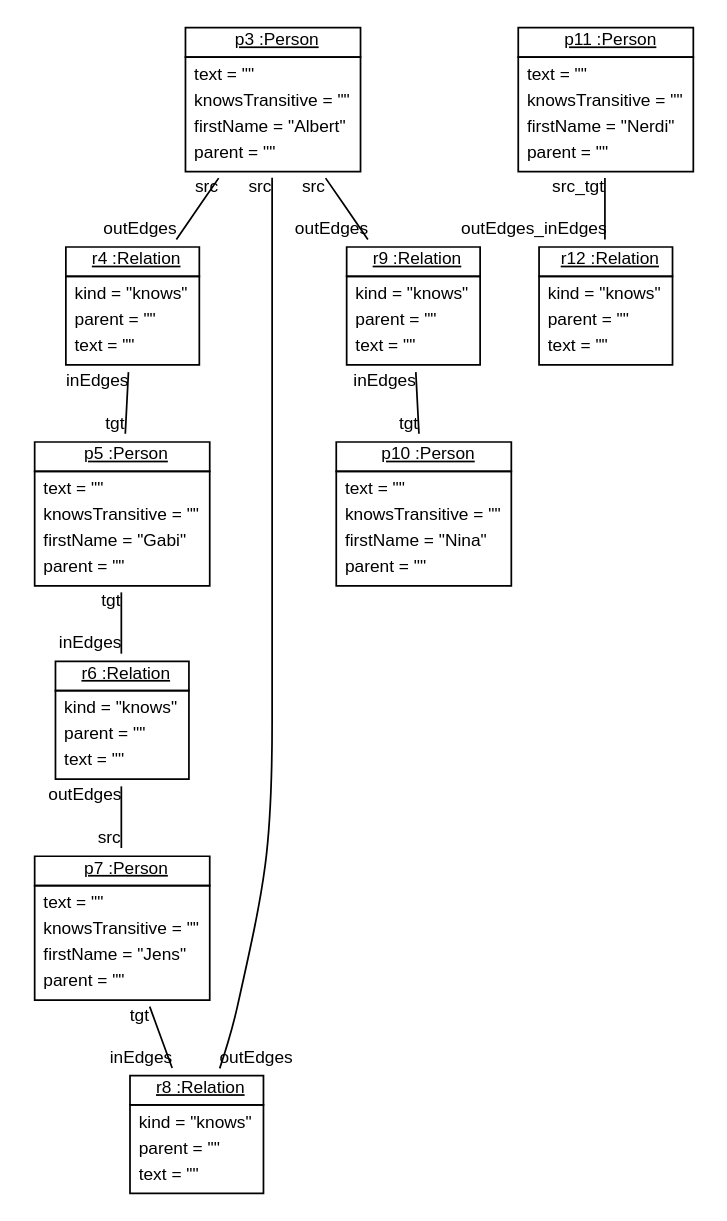
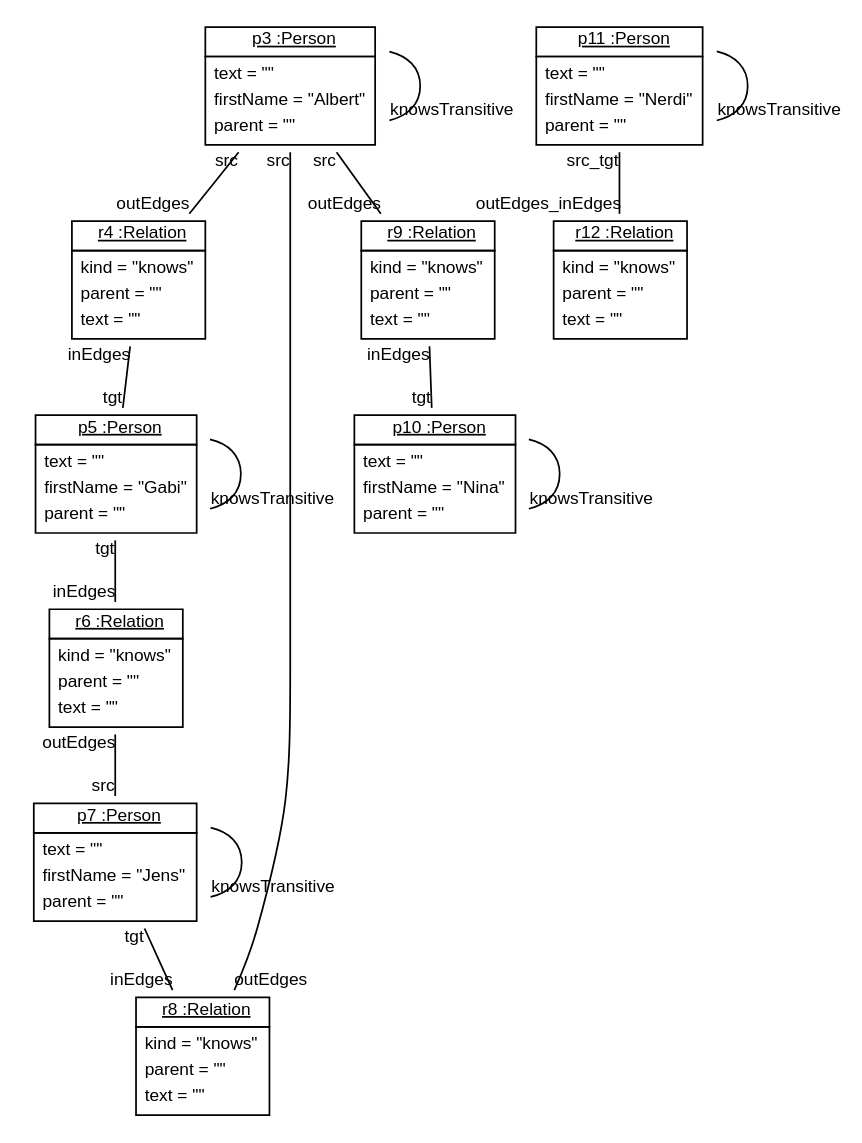
One commit to fujaba/SDMLib changed the diagram in doc/BanfM2MTransformation9.dot. Above: the diagram before and after it, drawn with Graphviz. The commit also changed 130 other files, not shown here.

```diff
--- a/doc/BanfM2MTransformation9.dot
+++ b/doc/BanfM2MTransformation9.dot
@@ -1,26 +1,31 @@
 graph ObjectDiagram {
    node [shape = none, fontsize = 10, fontname = "Arial"];
    edge [fontsize = 10, fontname = "Arial"];
    compound=true;
 
-p3 [label=<<table border='0' cellborder='1' cellspacing='0'> <tr> <td href="../examples/org/sdmlib/examples/m2m/Person.java"> <u>p3 :Person</u></td></tr><tr><td><table border='0' cellborder='0' cellspacing='0'><tr><td align='left'>text = ""</td></tr><tr><td align='left'>knowsTransitive = ""</td></tr><tr><td align='left'>firstName = "Albert"</td></tr><tr><td align='left'>parent = ""</td></tr></table></td></tr></table>>];
+p3 [label=<<table border='0' cellborder='1' cellspacing='0'> <tr> <td href="../examples/org/sdmlib/examples/m2m/Person.java"> <u>p3 :Person</u></td></tr><tr><td><table border='0' cellborder='0' cellspacing='0'><tr><td align='left'>text = ""</td></tr><tr><td align='left'>firstName = "Albert"</td></tr><tr><td align='left'>parent = ""</td></tr></table></td></tr></table>>];
 r4 [label=<<table border='0' cellborder='1' cellspacing='0'> <tr> <td href="../examples/org/sdmlib/examples/m2m/Relation.java"> <u>r4 :Relation</u></td></tr><tr><td><table border='0' cellborder='0' cellspacing='0'><tr><td align='left'>kind = "knows"</td></tr><tr><td align='left'>parent = ""</td></tr><tr><td align='left'>text = ""</td></tr></table></td></tr></table>>];
-p5 [label=<<table border='0' cellborder='1' cellspacing='0'> <tr> <td href="../examples/org/sdmlib/examples/m2m/Person.java"> <u>p5 :Person</u></td></tr><tr><td><table border='0' cellborder='0' cellspacing='0'><tr><td align='left'>text = ""</td></tr><tr><td align='left'>knowsTransitive = ""</td></tr><tr><td align='left'>firstName = "Gabi"</td></tr><tr><td align='left'>parent = ""</td></tr></table></td></tr></table>>];
+p5 [label=<<table border='0' cellborder='1' cellspacing='0'> <tr> <td href="../examples/org/sdmlib/examples/m2m/Person.java"> <u>p5 :Person</u></td></tr><tr><td><table border='0' cellborder='0' cellspacing='0'><tr><td align='left'>text = ""</td></tr><tr><td align='left'>firstName = "Gabi"</td></tr><tr><td align='left'>parent = ""</td></tr></table></td></tr></table>>];
 r6 [label=<<table border='0' cellborder='1' cellspacing='0'> <tr> <td href="../examples/org/sdmlib/examples/m2m/Relation.java"> <u>r6 :Relation</u></td></tr><tr><td><table border='0' cellborder='0' cellspacing='0'><tr><td align='left'>kind = "knows"</td></tr><tr><td align='left'>parent = ""</td></tr><tr><td align='left'>text = ""</td></tr></table></td></tr></table>>];
-p7 [label=<<table border='0' cellborder='1' cellspacing='0'> <tr> <td href="../examples/org/sdmlib/examples/m2m/Person.java"> <u>p7 :Person</u></td></tr><tr><td><table border='0' cellborder='0' cellspacing='0'><tr><td align='left'>text = ""</td></tr><tr><td align='left'>knowsTransitive = ""</td></tr><tr><td align='left'>firstName = "Jens"</td></tr><tr><td align='left'>parent = ""</td></tr></table></td></tr></table>>];
+p7 [label=<<table border='0' cellborder='1' cellspacing='0'> <tr> <td href="../examples/org/sdmlib/examples/m2m/Person.java"> <u>p7 :Person</u></td></tr><tr><td><table border='0' cellborder='0' cellspacing='0'><tr><td align='left'>text = ""</td></tr><tr><td align='left'>firstName = "Jens"</td></tr><tr><td align='left'>parent = ""</td></tr></table></td></tr></table>>];
 r8 [label=<<table border='0' cellborder='1' cellspacing='0'> <tr> <td href="../examples/org/sdmlib/examples/m2m/Relation.java"> <u>r8 :Relation</u></td></tr><tr><td><table border='0' cellborder='0' cellspacing='0'><tr><td align='left'>kind = "knows"</td></tr><tr><td align='left'>parent = ""</td></tr><tr><td align='left'>text = ""</td></tr></table></td></tr></table>>];
 r9 [label=<<table border='0' cellborder='1' cellspacing='0'> <tr> <td href="../examples/org/sdmlib/examples/m2m/Relation.java"> <u>r9 :Relation</u></td></tr><tr><td><table border='0' cellborder='0' cellspacing='0'><tr><td align='left'>kind = "knows"</td></tr><tr><td align='left'>parent = ""</td></tr><tr><td align='left'>text = ""</td></tr></table></td></tr></table>>];
-p10 [label=<<table border='0' cellborder='1' cellspacing='0'> <tr> <td href="../examples/org/sdmlib/examples/m2m/Person.java"> <u>p10 :Person</u></td></tr><tr><td><table border='0' cellborder='0' cellspacing='0'><tr><td align='left'>text = ""</td></tr><tr><td align='left'>knowsTransitive = ""</td></tr><tr><td align='left'>firstName = "Nina"</td></tr><tr><td align='left'>parent = ""</td></tr></table></td></tr></table>>];
-p11 [label=<<table border='0' cellborder='1' cellspacing='0'> <tr> <td href="../examples/org/sdmlib/examples/m2m/Person.java"> <u>p11 :Person</u></td></tr><tr><td><table border='0' cellborder='0' cellspacing='0'><tr><td align='left'>text = ""</td></tr><tr><td align='left'>knowsTransitive = ""</td></tr><tr><td align='left'>firstName = "Nerdi"</td></tr><tr><td align='left'>parent = ""</td></tr></table></td></tr></table>>];
+p10 [label=<<table border='0' cellborder='1' cellspacing='0'> <tr> <td href="../examples/org/sdmlib/examples/m2m/Person.java"> <u>p10 :Person</u></td></tr><tr><td><table border='0' cellborder='0' cellspacing='0'><tr><td align='left'>text = ""</td></tr><tr><td align='left'>firstName = "Nina"</td></tr><tr><td align='left'>parent = ""</td></tr></table></td></tr></table>>];
+p11 [label=<<table border='0' cellborder='1' cellspacing='0'> <tr> <td href="../examples/org/sdmlib/examples/m2m/Person.java"> <u>p11 :Person</u></td></tr><tr><td><table border='0' cellborder='0' cellspacing='0'><tr><td align='left'>text = ""</td></tr><tr><td align='left'>firstName = "Nerdi"</td></tr><tr><td align='left'>parent = ""</td></tr></table></td></tr></table>>];
 r12 [label=<<table border='0' cellborder='1' cellspacing='0'> <tr> <td href="../examples/org/sdmlib/examples/m2m/Relation.java"> <u>r12 :Relation</u></td></tr><tr><td><table border='0' cellborder='0' cellspacing='0'><tr><td align='left'>kind = "knows"</td></tr><tr><td align='left'>parent = ""</td></tr><tr><td align='left'>text = ""</td></tr></table></td></tr></table>>];
 
 p3 -- r4 [headlabel = "outEdges" taillabel = "src"];
 p3 -- r9 [headlabel = "outEdges" taillabel = "src"];
 p3 -- r8 [headlabel = "outEdges" taillabel = "src"];
+p3 -- p3 [headlabel = "knowsTransitive" taillabel = ""];
 r4 -- p5 [headlabel = "tgt" taillabel = "inEdges"];
 p5 -- r6 [headlabel = "inEdges" taillabel = "tgt"];
+p5 -- p5 [headlabel = "knowsTransitive" taillabel = ""];
 r6 -- p7 [headlabel = "src" taillabel = "outEdges"];
 p7 -- r8 [headlabel = "inEdges" taillabel = "tgt"];
+p7 -- p7 [headlabel = "knowsTransitive" taillabel = ""];
 r9 -- p10 [headlabel = "tgt" taillabel = "inEdges"];
+p10 -- p10 [headlabel = "knowsTransitive" taillabel = ""];
 p11 -- r12 [headlabel = "outEdges_inEdges" taillabel = "src_tgt"];
+p11 -- p11 [headlabel = "knowsTransitive" taillabel = ""];
 }
```
